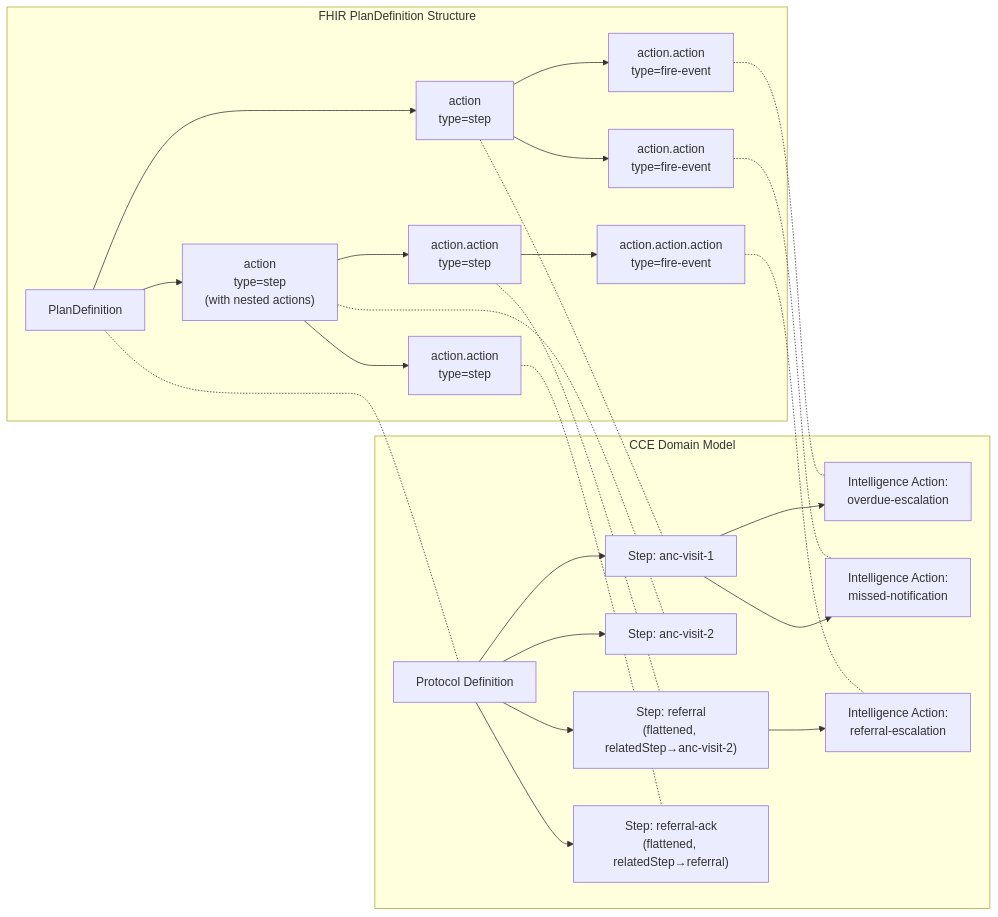
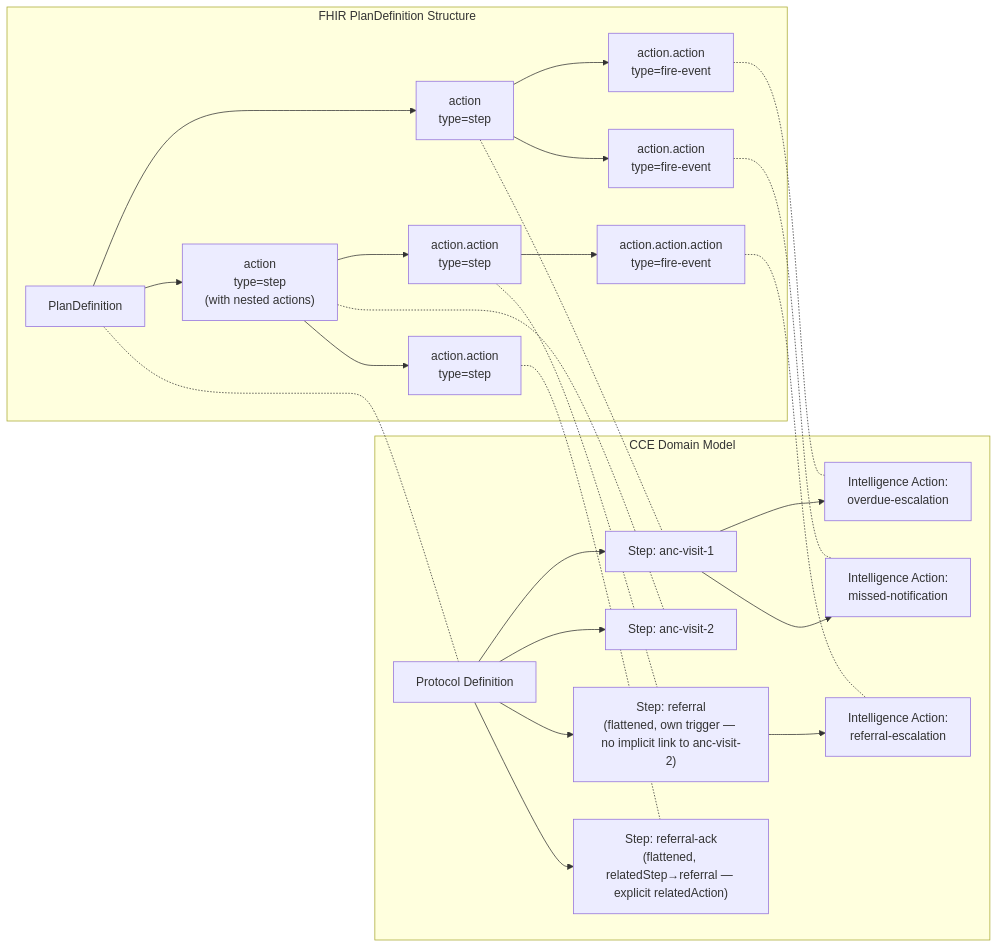
Before and after one commit to Jayaprakash8887/cce-compliance-service: the eighth of 9 diagrams in docs/architecture-overview.md, drawn with Mermaid. The commit also changed other lines of this file and 8 other files, not shown here.

````diff
--- a/docs/architecture-overview.md
+++ b/docs/architecture-overview.md
@@ -586,49 +596,49 @@
 ```mermaid
 flowchart LR
     subgraph "FHIR PlanDefinition Structure"
         PD["PlanDefinition"]
         A1["action<br/>type=step"]
         A2["action<br/>type=step<br/>(with nested actions)"]
         IA1["action.action<br/>type=fire-event"]
         IA2["action.action<br/>type=fire-event"]  
         SS1["action.action<br/>type=step"]
         SS2["action.action<br/>type=step"]
         IA3["action.action.action<br/>type=fire-event"]
 
         PD --> A1
         PD --> A2
         A1 --> IA1
         A1 --> IA2
         A2 --> SS1
         A2 --> SS2
         SS1 --> IA3
     end
 
     subgraph "CCE Domain Model"
         PROTO["Protocol Definition"]
         S1["Step: anc-visit-1"]
         S2["Step: anc-visit-2"]
         R1["Intelligence Action:<br/>overdue-escalation"]
         R2["Intelligence Action:<br/>missed-notification"]
-        SUB1["Step: referral<br/>(flattened, relatedStep→anc-visit-2)"]
-        SUB2["Step: referral-ack<br/>(flattened, relatedStep→referral)"]
+        SUB1["Step: referral<br/>(flattened, own trigger — no implicit link to anc-visit-2)"]
+        SUB2["Step: referral-ack<br/>(flattened, relatedStep→referral — explicit relatedAction)"]
         R3["Intelligence Action:<br/>referral-escalation"]
 
         PROTO --> S1
         PROTO --> S2
         PROTO --> SUB1
         PROTO --> SUB2
         S1 --> R1
         S1 --> R2
         SUB1 --> R3
     end
 
     PD -.- PROTO
     A1 -.- S1
     A2 -.- S2
     IA1 -.- R1
     IA2 -.- R2
     SS1 -.- SUB1
     SS2 -.- SUB2
     IA3 -.- R3
 ```
````
